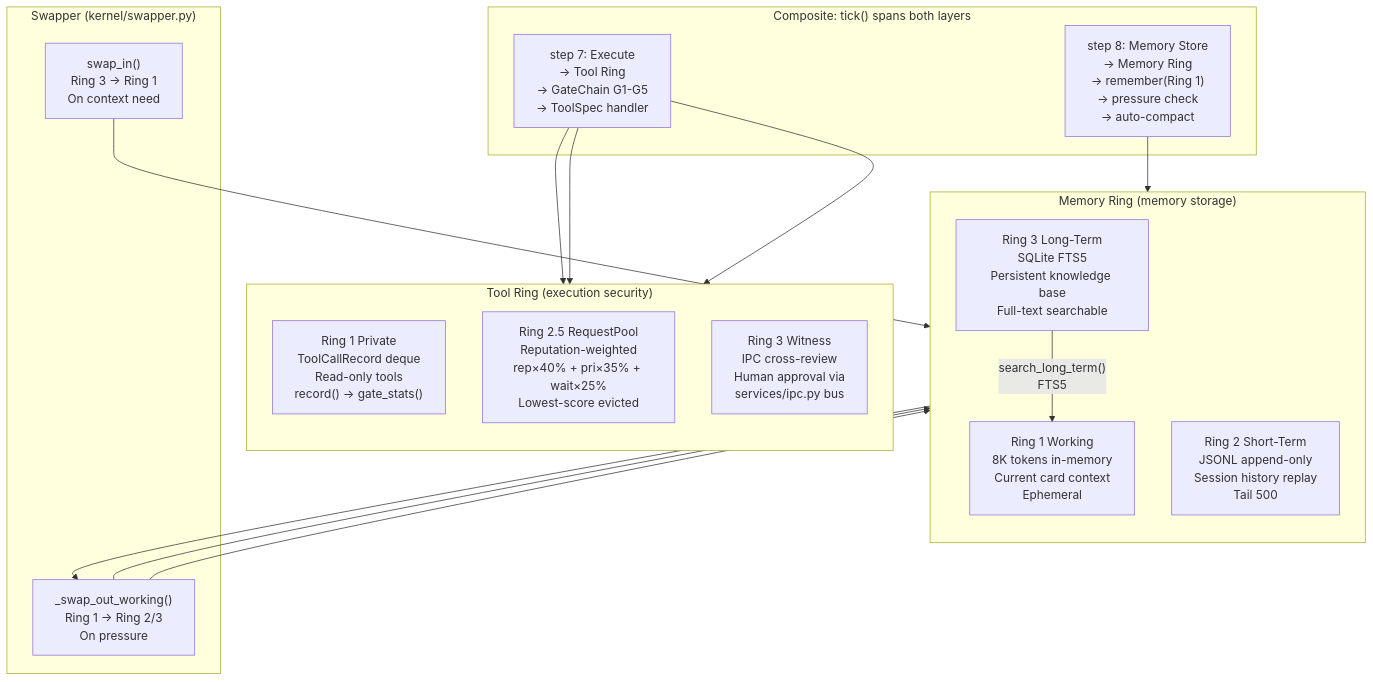
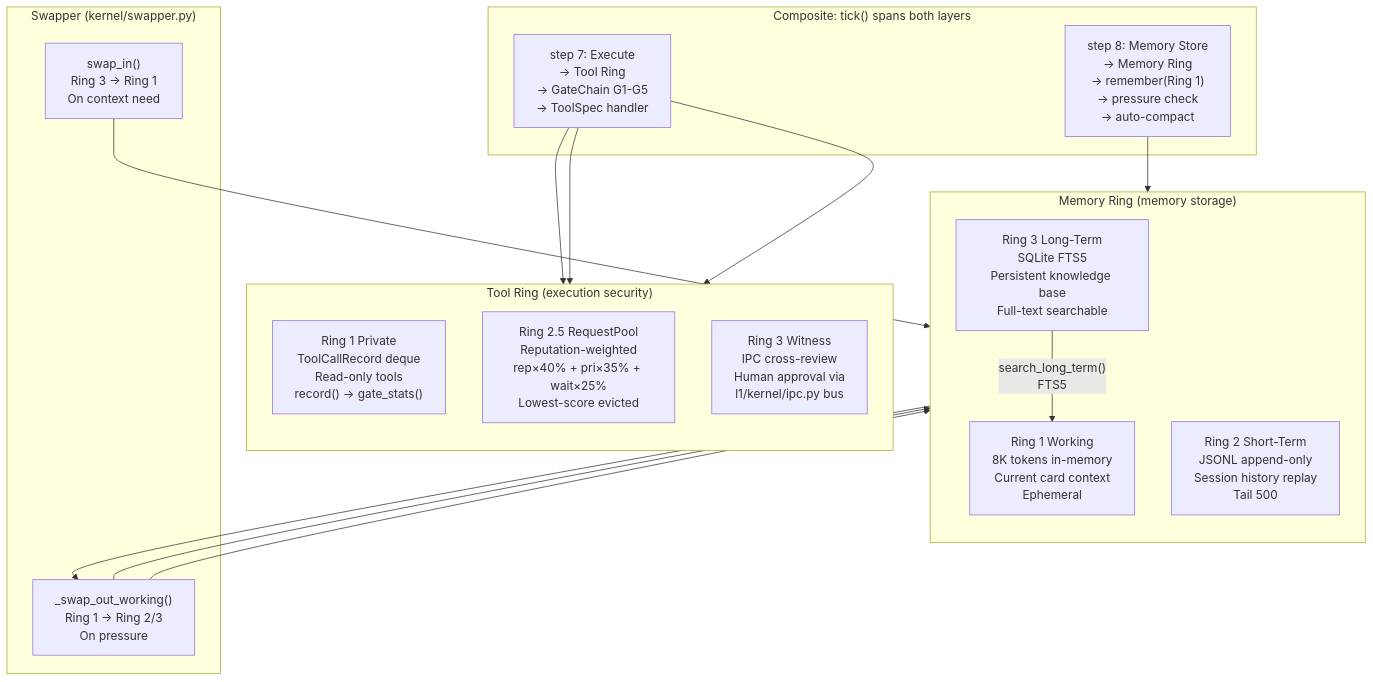
One commit to guilingzhouyi-creator/Praxis-Agent-OS changed diagram 17 of 27 in docs/design/praxis-architecture-actual.md. Above: the diagram before and after it, drawn with Mermaid. The commit also changed other lines of this file and 3 other files, not shown here.

First line of the commit message:
docs: update architecture doc to reflect 5-layer structure and add .gitignore patterns

````diff
--- a/docs/design/praxis-architecture-actual.md
+++ b/docs/design/praxis-architecture-actual.md
@@ -774,36 +781,36 @@
 ```mermaid
 flowchart TB
     subgraph ToolRing["Tool Ring (execution security)"]
         direction TB
         TR1["Ring 1 Private\nToolCallRecord deque\nRead-only tools\nrecord() → gate_stats()"]
         TR25["Ring 2.5 RequestPool\nReputation-weighted\nrep×40% + pri×35% + wait×25%\nLowest-score evicted"]
-        TR3["Ring 3 Witness\nIPC cross-review\nHuman approval via\nservices/ipc.py bus"]
+        TR3["Ring 3 Witness\nIPC cross-review\nHuman approval via\nl1/kernel/ipc.py bus"]
     end
 
     subgraph MemoryRing["Memory Ring (memory storage)"]
         direction TB
         MR1["Ring 1 Working\n8K tokens in-memory\nCurrent card context\nEphemeral"]
         MR2["Ring 2 Short-Term\nJSONL append-only\nSession history replay\nTail 500"]
         MR3["Ring 3 Long-Term\nSQLite FTS5\nPersistent knowledge base\nFull-text searchable"]
     end
 
     subgraph Swapper["Swapper (kernel/swapper.py)"]
         SWAP_IN["swap_in()\nRing 3 → Ring 1\nOn context need"]
         SWAP_OUT["_swap_out_working()\nRing 1 → Ring 2/3\nOn pressure"]
     end
 
     subgraph Composite["Composite: tick() spans both layers"]
         TICK7["step 7: Execute\n→ Tool Ring\n→ GateChain G1-G5\n→ ToolSpec handler"]
         TICK8["step 8: Memory Store\n→ Memory Ring\n→ remember(Ring 1)\n→ pressure check\n→ auto-compact"]
     end
 
     TICK7 --> TR1
     TICK7 --> TR25
     TICK7 --> TR3
     TICK8 --> MR1
     MR1 --> SWAP_OUT
     SWAP_OUT --> MR2
     SWAP_OUT --> MR3
     SWAP_IN --> MR1
     MR3 -->|"search_long_term()\nFTS5"| MR1
 ```
````
